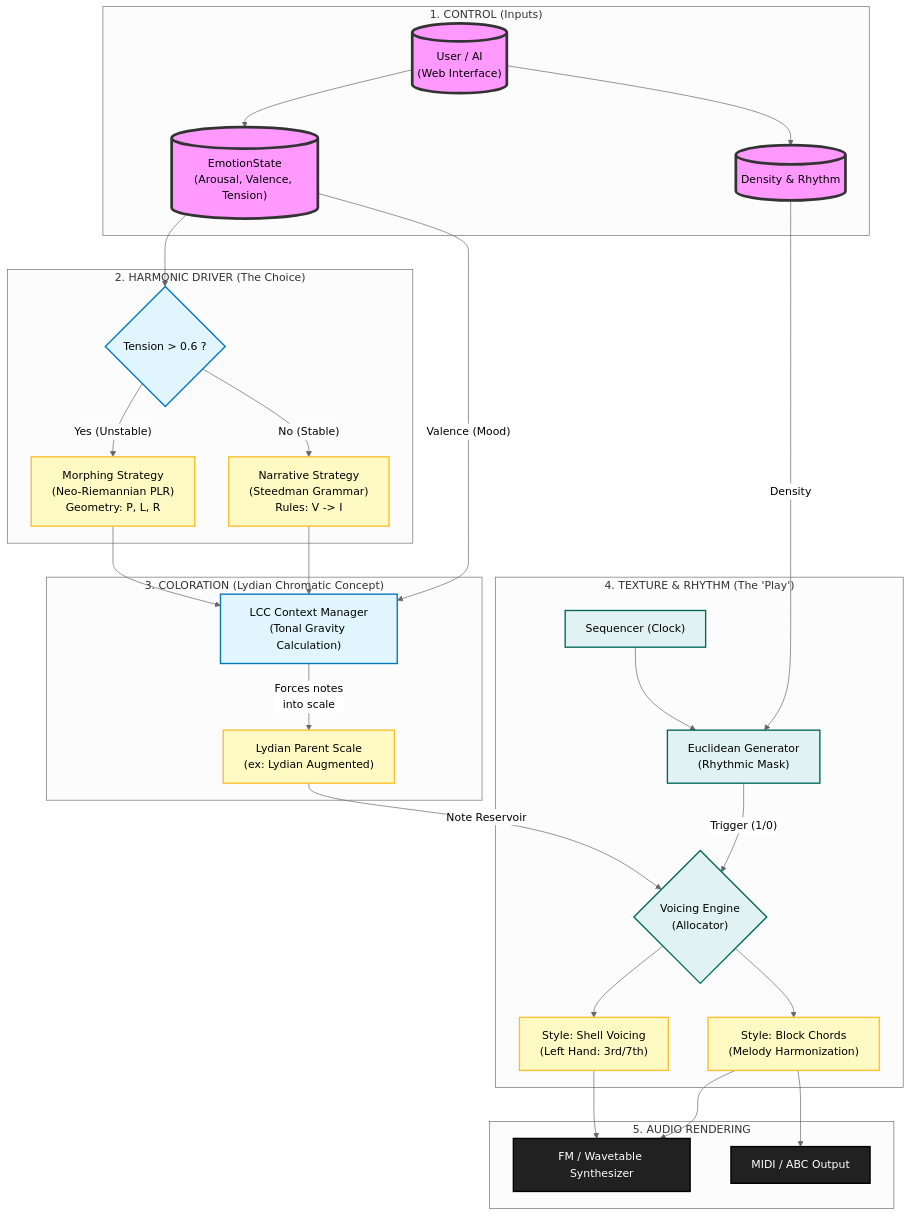
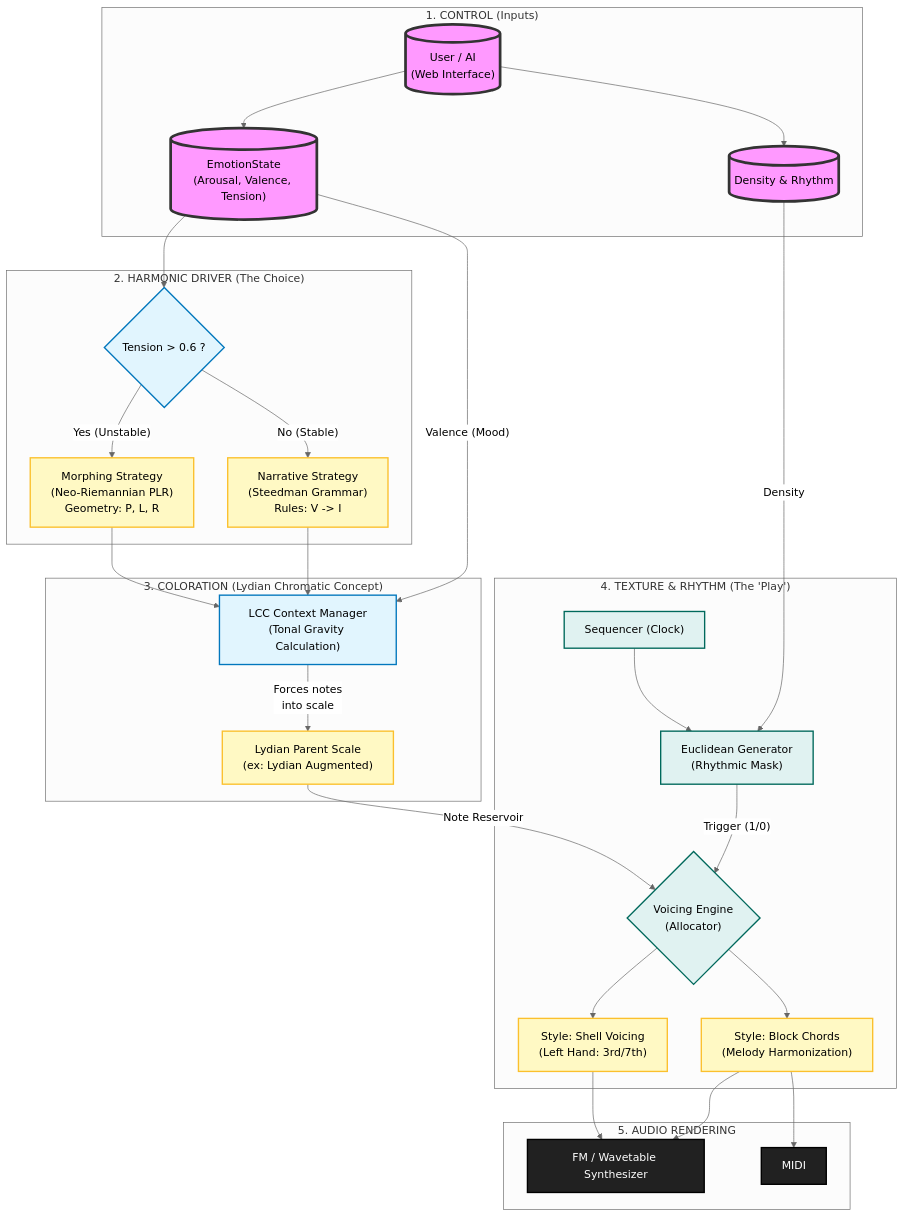
Before and after one commit to bascanada/harmonium: the diagram in README.md, drawn with Mermaid (neutral theme). The commit also changed 14 other files, not shown here.

````diff
--- a/README.md
+++ b/README.md
@@ -89,77 +89,77 @@
 ```mermaid
   graph TD
     %% --- STYLING ---
     classDef control fill:#f9f,stroke:#333,stroke-width:4px,color:black;
     classDef brain fill:#e1f5fe,stroke:#0277bd,stroke-width:2px,color:black;
     classDef theory fill:#fff9c4,stroke:#fbc02d,stroke-width:2px,color:black;
     classDef perform fill:#e0f2f1,stroke:#00695c,stroke-width:2px,color:black;
     classDef output fill:#212121,stroke:#000,stroke-width:2px,color:white;
 
     %% --- 1. CONTROL LAYER ---
     subgraph CONTROL ["1. CONTROL (Inputs)"]
         User[("User / AI<br/>(Web Interface)")]:::control
         Param_E[("EmotionState<br/>(Arousal, Valence, Tension)")]:::control
         Param_D[("Density & Rhythm")]:::control
         
         User --> Param_E
         User --> Param_D
     end
 
     %% --- 2. HARMONIC BRAIN ---
     subgraph DRIVER ["2. HARMONIC DRIVER (The Choice)"]
         Decision{"Tension > 0.6 ?"}:::brain
         
         Param_E --> Decision
         
         %% Strategy A: Low Tension
         Narrative["Narrative Strategy<br/>(Steedman Grammar)<br/>Rules: V -> I"]:::theory
         
         %% Strategy B: High Tension
         Morphing["Morphing Strategy<br/>(Neo-Riemannian PLR)<br/>Geometry: P, L, R"]:::theory
         
         Decision -- No (Stable) --> Narrative
         Decision -- Yes (Unstable) --> Morphing
     end
 
     %% --- 3. COLORATION ---
     subgraph COLOR ["3. COLORATION (Lydian Chromatic Concept)"]
         LCC_Engine["LCC Context Manager<br/>(Tonal Gravity Calculation)"]:::brain
         LCC_Scale["Lydian Parent Scale<br/>(ex: Lydian Augmented)"]:::theory
         
         Param_E -- "Valence (Mood)" --> LCC_Engine
         Narrative --> LCC_Engine
         Morphing --> LCC_Engine
         
         LCC_Engine -->|"Forces notes<br/>into scale"| LCC_Scale
     end
 
     %% --- 4. PERFORMANCE & TEXTURE ---
     subgraph VOICER ["4. TEXTURE & RHYTHM (The 'Play')"]
         Sequencer["Sequencer (Clock)"]:::perform
         Euclid["Euclidean Generator<br/>(Rhythmic Mask)"]:::perform
         
         VoiceEngine{"Voicing Engine<br/>(Allocator)"}:::perform
         
         Param_D -- "Density" --> Euclid
         Sequencer --> Euclid
         Euclid -- "Trigger (1/0)" --> VoiceEngine
         LCC_Scale -- "Note Reservoir" --> VoiceEngine
         
         %% Playing Styles
         Style_Block["Style: Block Chords<br/>(Melody Harmonization)"]:::theory
         Style_Shell["Style: Shell Voicing<br/>(Left Hand: 3rd/7th)"]:::theory
         
         VoiceEngine --> Style_Block
         VoiceEngine --> Style_Shell
     end
 
     %% --- 5. AUDIO OUTPUT ---
     subgraph AUDIO ["5. AUDIO RENDERING"]
         Synth["FM / Wavetable Synthesizer"]:::output
-        Midi["MIDI / ABC Output"]:::output
+        Midi["MIDI"]:::output
         
         Style_Block --> Synth
         Style_Shell --> Synth
         Style_Block --> Midi
     end
 ```
````
